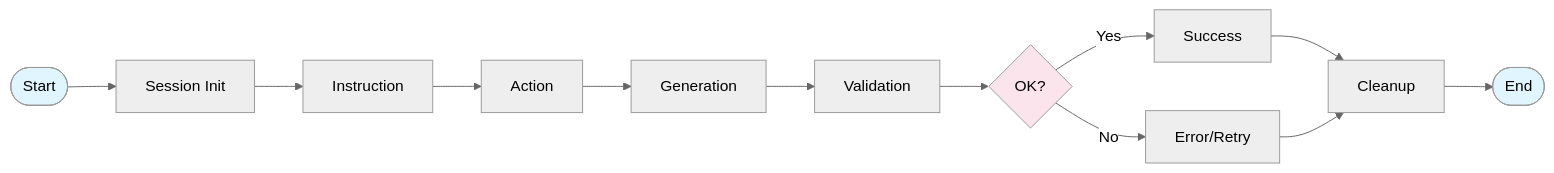
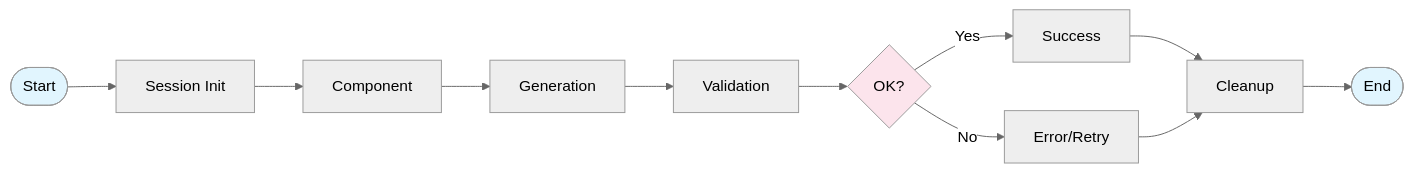
The first of 2 diagrams in docs/dev/hook_system.md (araujof/mellea), drawn with Mermaid (neutral theme) before and after one commit. The commit also changed other lines of this file, not shown here.

Commit message:
docs: update hook system spec to factor component hooks and address design drifts

````diff
--- a/docs/dev/hook_system.md
+++ b/docs/dev/hook_system.md
@@ -1003,18 +1199,17 @@
 ```mermaid
 flowchart LR
     A([Start]) --> B[Session Init]
-    B --> C[Instruction]
-    C --> D[Action]
-    D --> E[Generation]
-    E --> F[Validation]
-    F --> G{OK?}
-    G --> |Yes| H[Success]
-    G --> |No| I[Error/Retry]
-    H --> J[Cleanup]
-    I --> J
-    J --> K([End])
+    B --> C[Component]
+    C --> D[Generation]
+    D --> E[Validation]
+    E --> F{OK?}
+    F --> |Yes| G[Success]
+    F --> |No| H[Error/Retry]
+    G --> I[Cleanup]
+    H --> I
+    I --> J([End])
 
     style A fill:#e1f5fe
-    style K fill:#e1f5fe
-    style G fill:#fce4ec
+    style J fill:#e1f5fe
+    style F fill:#fce4ec
 ```
````
